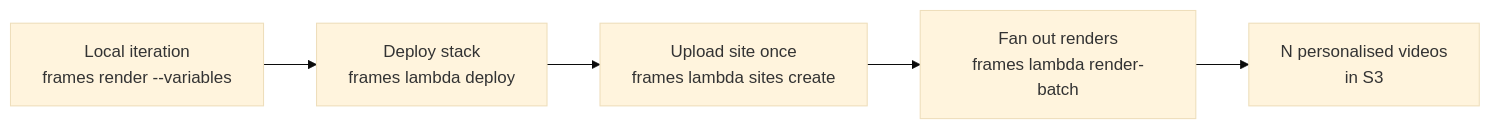
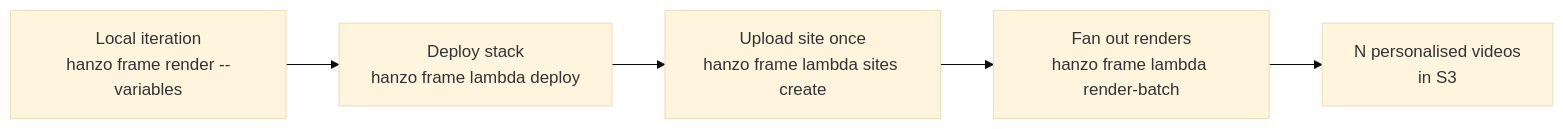
The diagram in docs/deploy/templates-on-lambda.mdx (hanzoai/frames), drawn with Mermaid (base theme) before and after one commit. The commit also changed other lines of this file and 316 other files, not shown here.

````diff
--- a/docs/deploy/templates-on-lambda.mdx
+++ b/docs/deploy/templates-on-lambda.mdx
@@ -16,7 +16,7 @@
 ```mermaid
 flowchart LR
-  A["Local iteration<br/>frames render --variables"] --> B["Deploy stack<br/>frames lambda deploy"]
-  B --> C["Upload site once<br/>frames lambda sites create"]
-  C --> D["Fan out renders<br/>frames lambda render-batch"]
+  A["Local iteration<br/>hanzo frame render --variables"] --> B["Deploy stack<br/>hanzo frame lambda deploy"]
+  B --> C["Upload site once<br/>hanzo frame lambda sites create"]
+  C --> D["Fan out renders<br/>hanzo frame lambda render-batch"]
   D --> E["N personalised videos<br/>in S3"]
 ```
````
